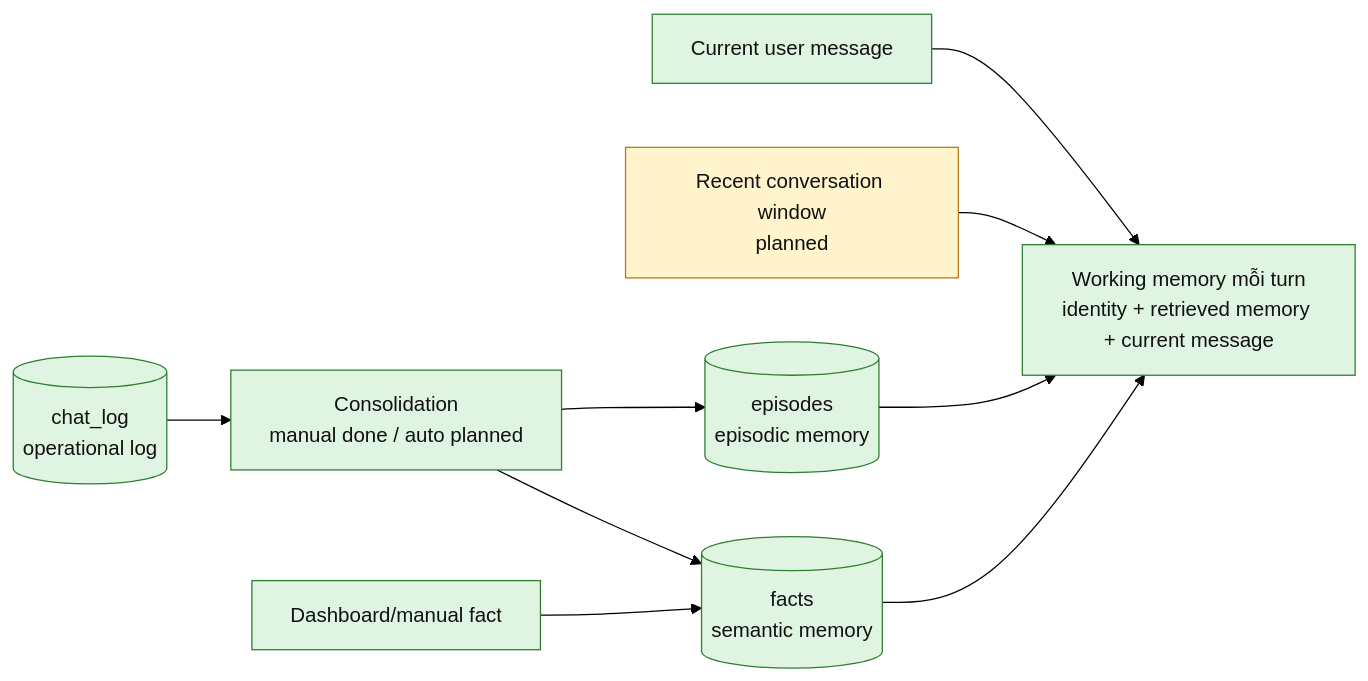
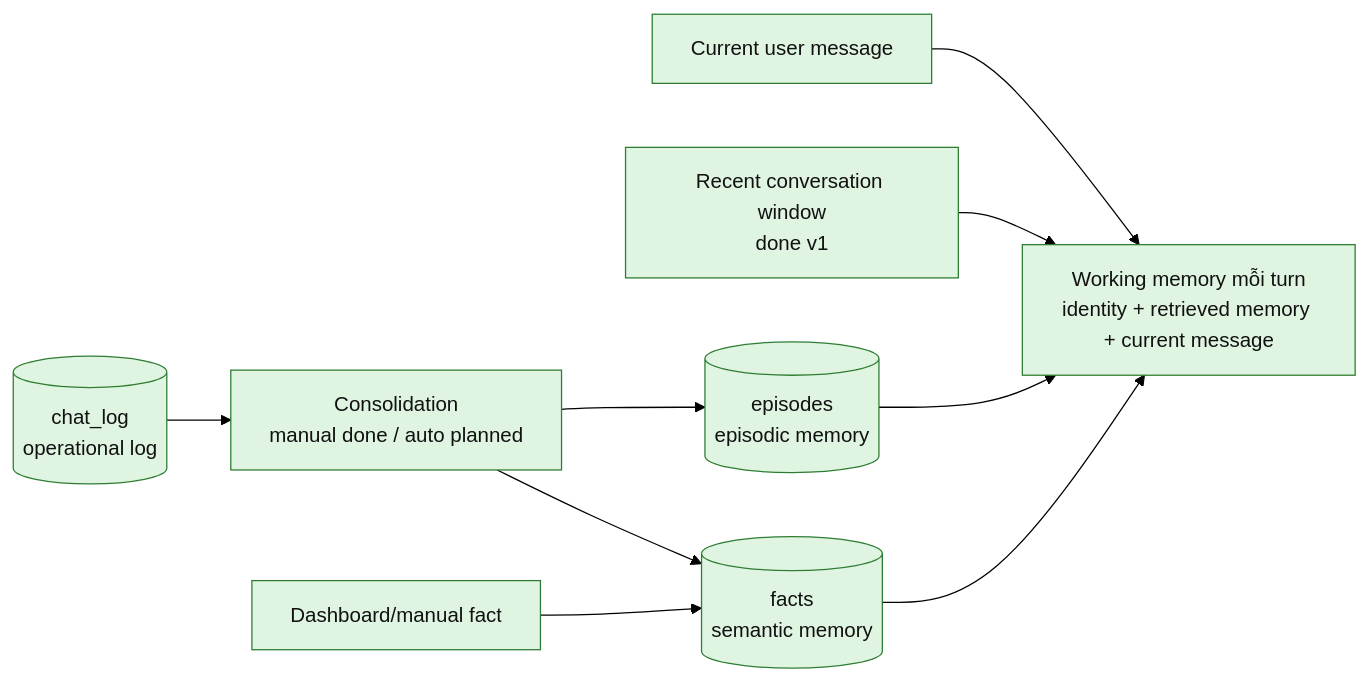
Before and after one commit to LuongAnh1/Niko_Agent: the seventh of 7 diagrams in docs/memory/chat-memory-architecture-flow.md, drawn with Mermaid (forest theme). The commit also changed other lines of this file and 14 other files, not shown here.

Commit message:
feat: add recent working memory context

````diff
--- a/docs/memory/chat-memory-architecture-flow.md
+++ b/docs/memory/chat-memory-architecture-flow.md
@@ -250,19 +252,18 @@
 ```mermaid
 flowchart LR
     Current[Current user message] --> Working[Working memory mỗi turn<br/>identity + retrieved memory + current message]
-    Recent[Recent conversation window<br/>planned] --> Working
+    Recent[Recent conversation window<br/>done v1] --> Working
     Facts[(facts<br/>semantic memory)] --> Working
     Episodes[(episodes<br/>episodic memory)] --> Working
 
     ChatLog[(chat_log<br/>operational log)] --> Consolidation[Consolidation<br/>manual done / auto planned]
     Consolidation --> Facts
     Consolidation --> Episodes
 
     Manual[Dashboard/manual fact] --> Facts
 
     classDef done fill:#dff5e1,stroke:#2e7d32,color:#111;
     classDef planned fill:#fff4cc,stroke:#b7791f,color:#111;
 
-    class Current,Working,Facts,Episodes,ChatLog,Manual,Consolidation done;
-    class Recent planned;
+    class Current,Working,Facts,Episodes,ChatLog,Manual,Consolidation,Recent done;
 ```
````
